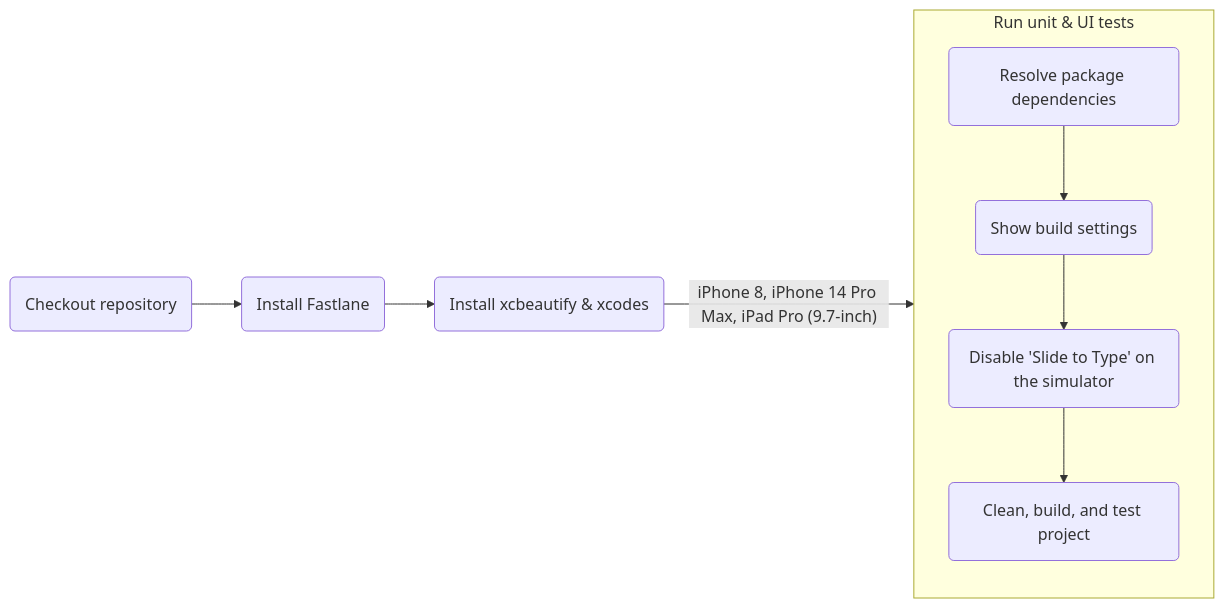
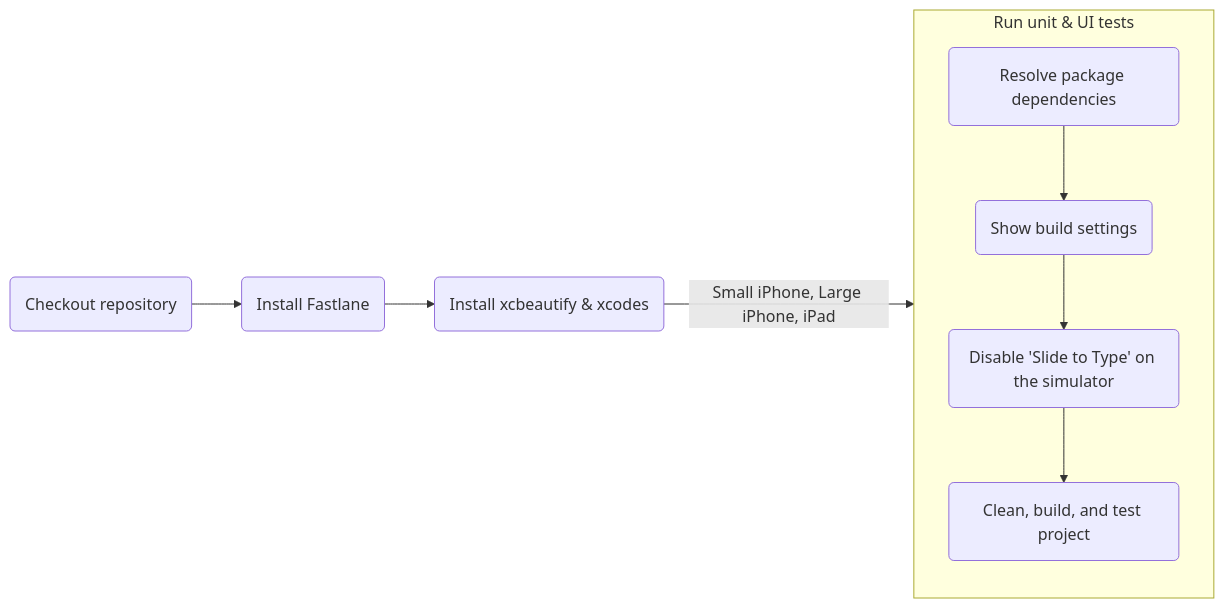
Before and after one commit to Abhiek187/ez-recipes-ios: the first of 3 diagrams in README.md, drawn with Mermaid.

Commit message:
Use generic device names

````diff
--- a/README.md
+++ b/README.md
@@ -35,14 +35,14 @@
 ```mermaid
 flowchart LR
 
 A(Checkout repository) --> B(Install Fastlane)
 B --> C(Install xcbeautify & xcodes)
-C -->|"iPhone 8, iPhone 14 Pro Max, iPad Pro (9.7-inch)"| D
+C -->|"Small iPhone, Large iPhone, iPad"| D
 
 subgraph D [Run unit & UI tests]
 direction TB
 E(Resolve package dependencies) --> F(Show build settings)
 F --> G(Disable 'Slide to Type' on the simulator)
 G --> H(Clean, build, and test project)
 end
 ```
````
